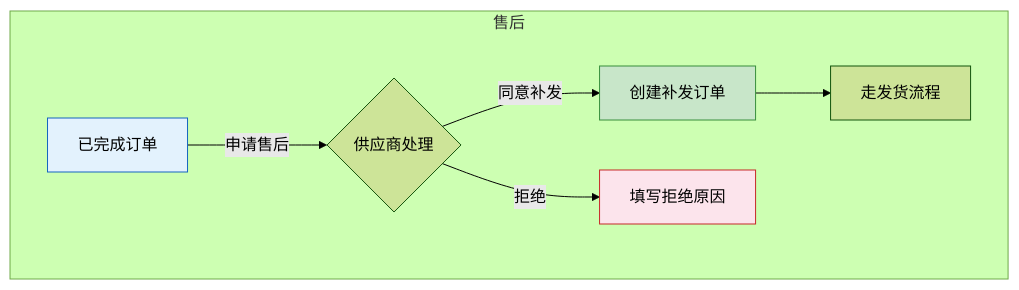
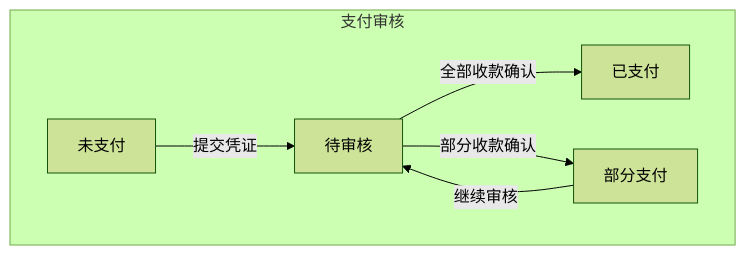
The third of 3 diagrams in prd-docs/supplier/07-订单管理功能设计.md (LinYuanxia/gongchengcang), drawn with Mermaid (forest theme) before and after one commit. The commit also changed other lines of this file and 40765 other files, not shown here.

````diff
--- a/prd-docs/supplier/07-订单管理功能设计.md
+++ b/prd-docs/supplier/07-订单管理功能设计.md
@@ -270,12 +470,9 @@
 ```mermaid
 graph TB
-    subgraph 售后
-        A[已完成订单] -->|申请售后| B{供应商处理}
-        B -->|同意补发| C[创建补发订单]
-        B -->|拒绝| D[填写拒绝原因]
-        C --> E[走发货流程]
+    subgraph 支付审核
+        A[未支付] -->|提交凭证| B[待审核]
+        B -->|全部收款确认| C[已支付]
+        B -->|部分收款确认| D[部分支付]
+        D -->|继续审核| B
     end
-    style A fill:#e3f2fd,stroke:#1565c0
-    style C fill:#c8e6c9,stroke:#388e3c
-    style D fill:#fce4ec,stroke:#c62828
 ```
````
